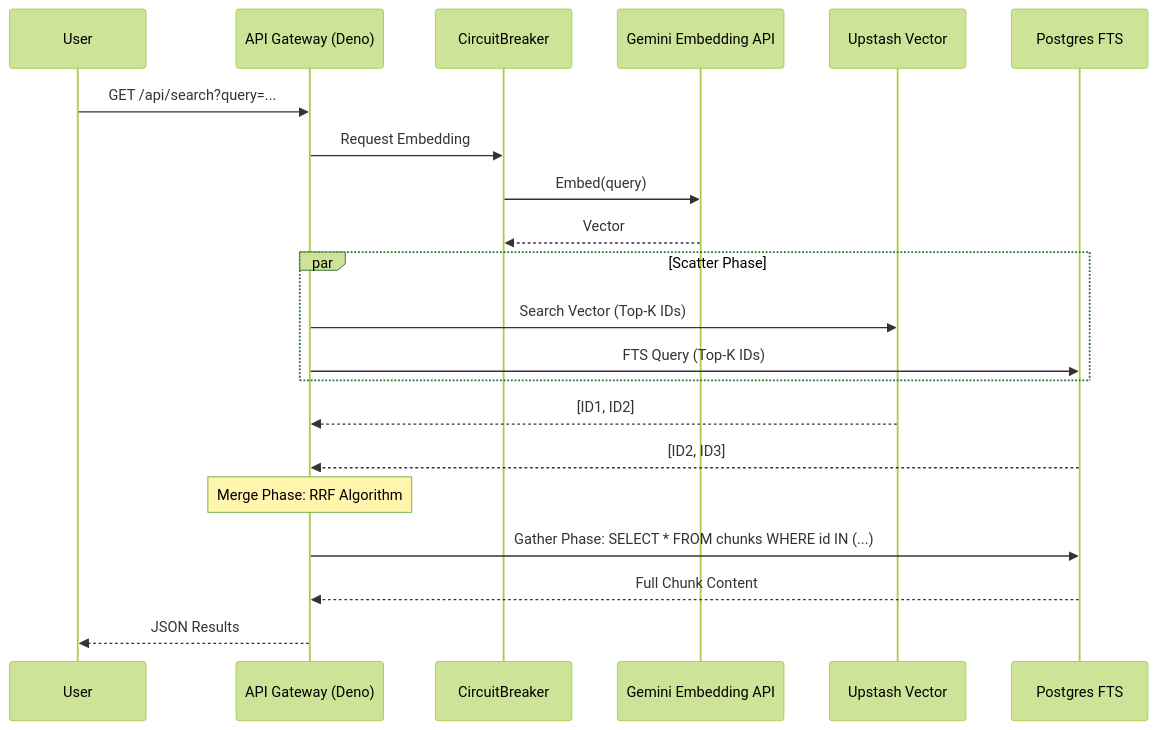
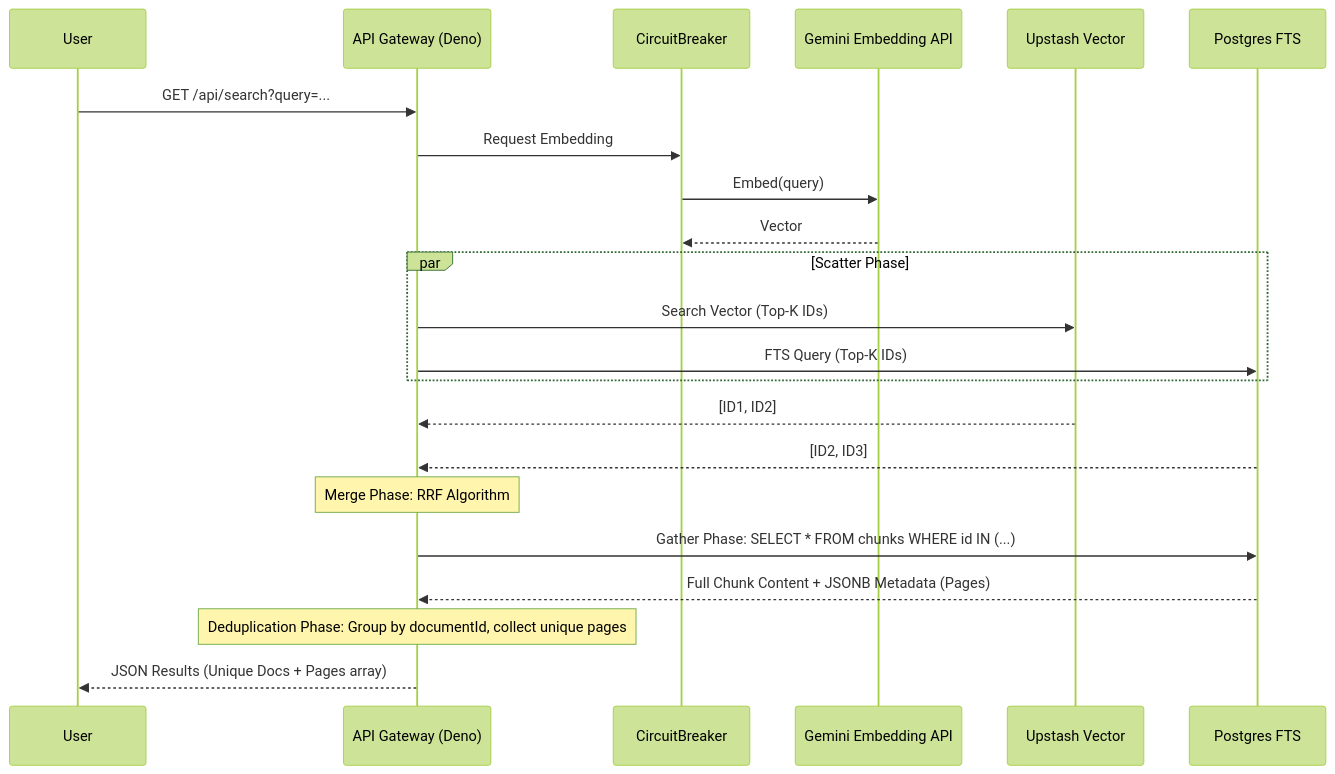
Before and after one commit to kanzhamada/Dokyudo: the diagram in docs/features/hybrid-search.md, drawn with Mermaid (forest theme). The commit also changed other lines of this file and 11 other files, not shown here.

````diff
--- a/docs/features/hybrid-search.md
+++ b/docs/features/hybrid-search.md
@@ -14,28 +14,29 @@
 ```mermaid
 sequenceDiagram
     participant User
     participant Gateway as API Gateway (Deno)
     participant CircuitBreaker
     participant LLM as Gemini Embedding API
     participant Upstash as Upstash Vector
     participant DB as Postgres FTS
 
     User->>Gateway: GET /api/search?query=...
     Gateway->>CircuitBreaker: Request Embedding
     CircuitBreaker->>LLM: Embed(query)
     LLM-->>CircuitBreaker: Vector
     
     par Scatter Phase
         Gateway->>Upstash: Search Vector (Top-K IDs)
         Gateway->>DB: FTS Query (Top-K IDs)
     end
     
     Upstash-->>Gateway: [ID1, ID2]
     DB-->>Gateway: [ID2, ID3]
     
     Note over Gateway: Merge Phase: RRF Algorithm
     
     Gateway->>DB: Gather Phase: SELECT * FROM chunks WHERE id IN (...)
-    DB-->>Gateway: Full Chunk Content
-    Gateway-->>User: JSON Results
+    DB-->>Gateway: Full Chunk Content + JSONB Metadata (Pages)
+    Note over Gateway: Deduplication Phase: Group by documentId, collect unique pages
+    Gateway-->>User: JSON Results (Unique Docs + Pages array)
 ```
````
